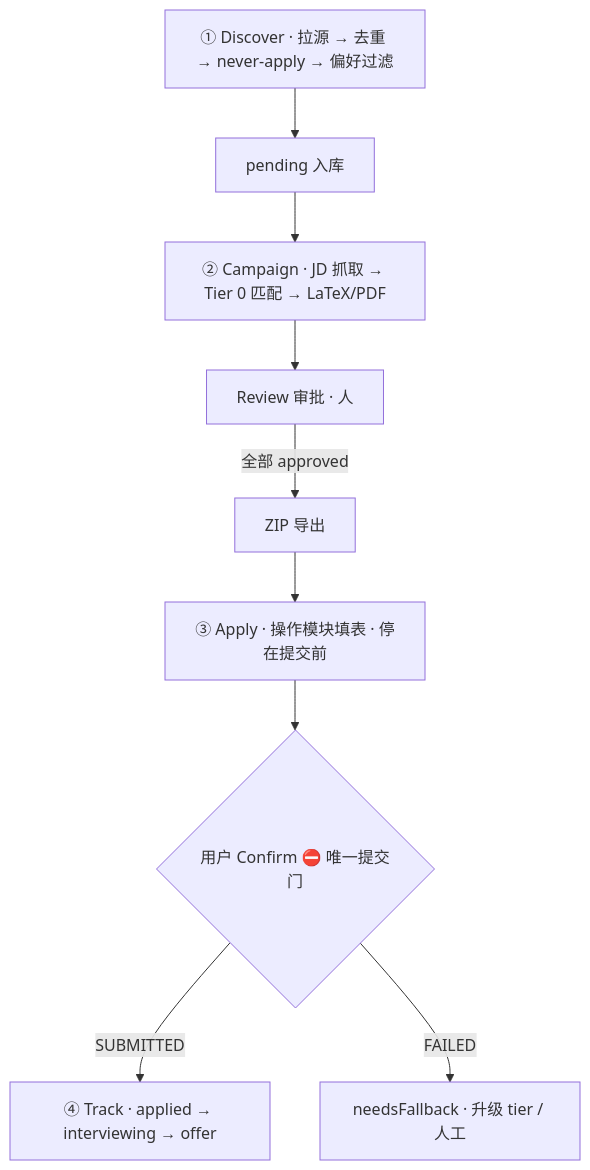
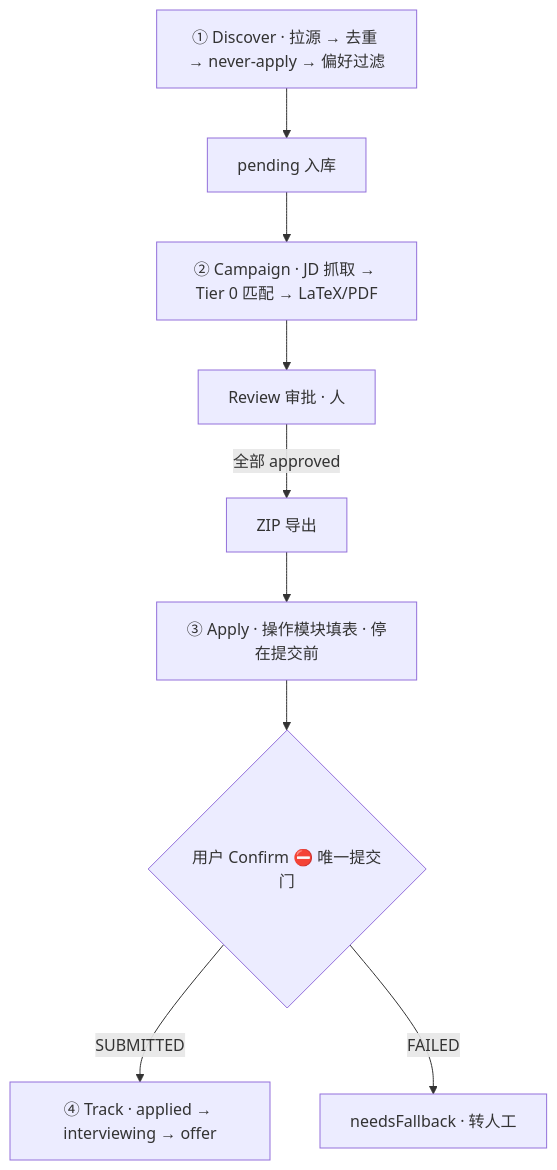
The second of 4 diagrams in docs/ARCHITECTURE.md (Sma1lboy/coforce-apply), drawn with Mermaid before and after one commit. The commit also changed other lines of this file and 155 other files, not shown here.

````diff
--- a/docs/ARCHITECTURE.md
+++ b/docs/ARCHITECTURE.md
@@ -122,11 +121,11 @@
 ```mermaid
 flowchart TB
   A[① Discover · 拉源 → 去重 → never-apply → 偏好过滤] --> B[pending 入库]
   B --> C[② Campaign · JD 抓取 → Tier 0 匹配 → LaTeX/PDF]
   C --> D[Review 审批 · 人]
   D -->|全部 approved| E[ZIP 导出]
   E --> F[③ Apply · 操作模块填表 · 停在提交前]
   F --> G{用户 Confirm ⛔ 唯一提交门}
   G -->|SUBMITTED| H[④ Track · applied → interviewing → offer]
-  G -->|FAILED| I[needsFallback · 升级 tier / 人工]
+  G -->|FAILED| I[needsFallback · 转人工]
 ```
````
